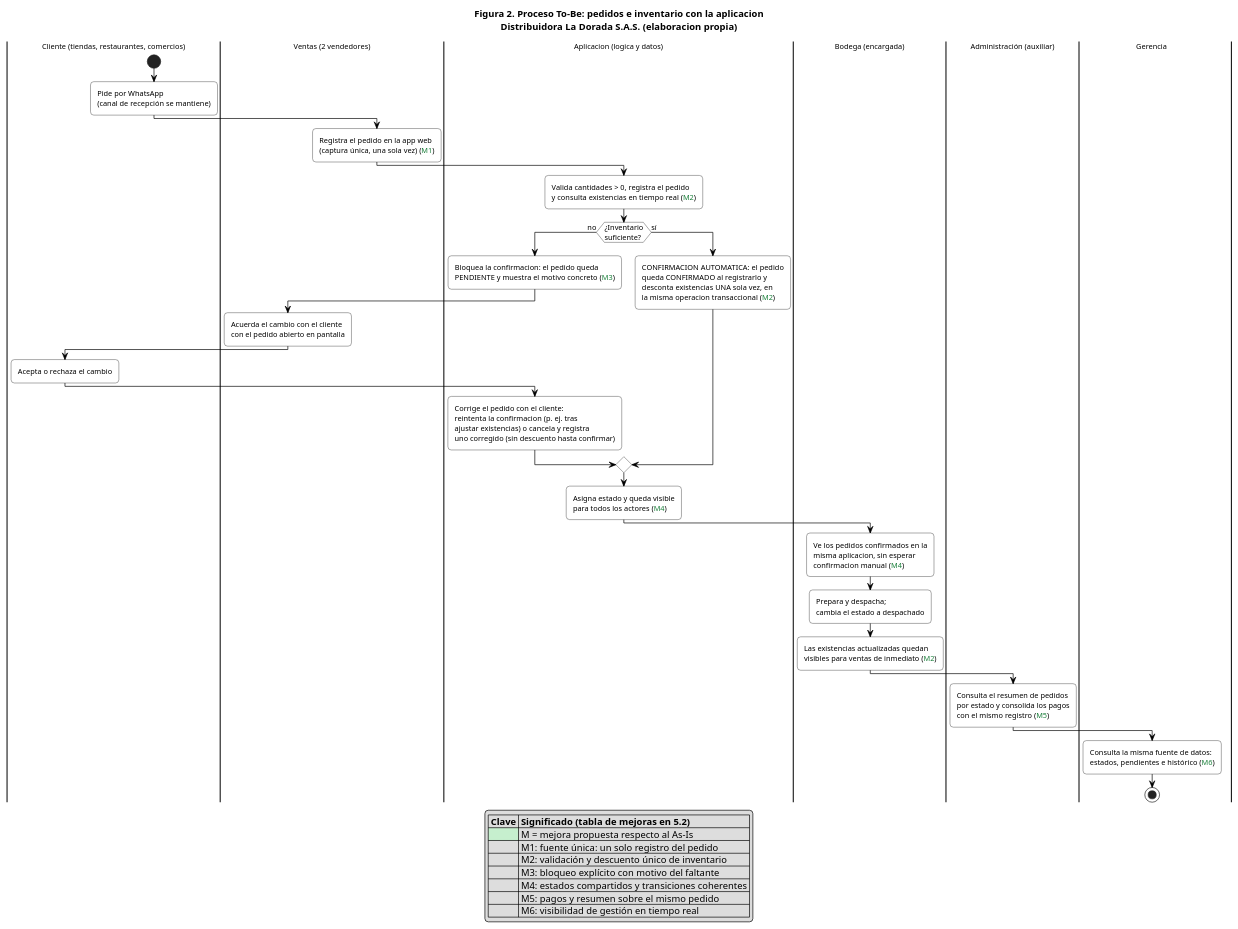
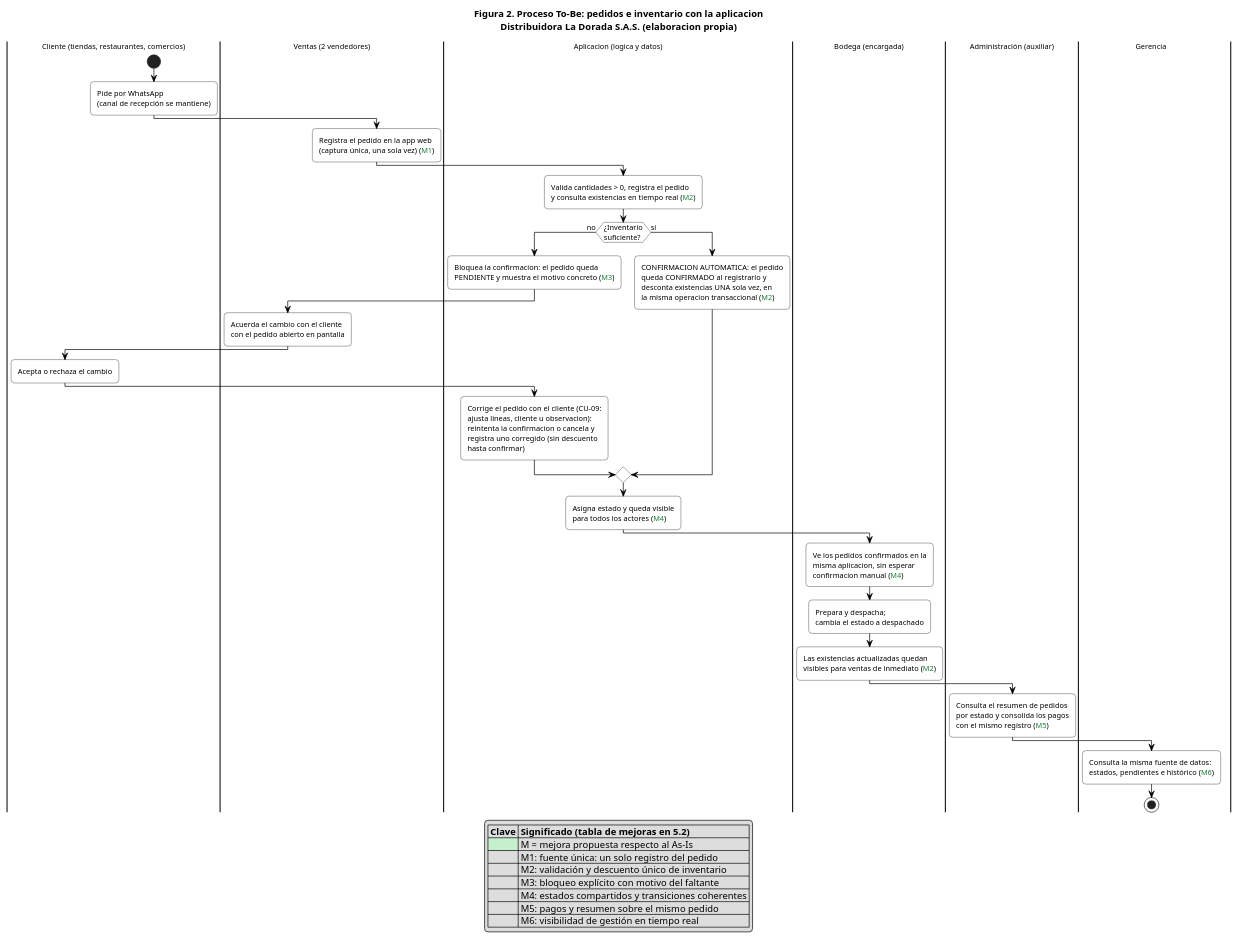
The diagram in docs/diagramas/to-be-la-dorada.puml (Mr-Felipe/distri_la_dorada), drawn with PlantUML before and after one commit. The commit also changed 12 other files, not shown here.

Commit message:
feat: add editar_pedido RPC and integrate CU-09 across docs and diagrams

```diff
--- a/docs/diagramas/to-be-la-dorada.puml
+++ b/docs/diagramas/to-be-la-dorada.puml
@@ -8,59 +8,59 @@
 @startuml
 !pragma layout smetana
 title Figura 2. Proceso To-Be: pedidos e inventario con la aplicacion\nDistribuidora La Dorada S.A.S. (elaboracion propia)
 
 skinparam defaultFontName Arial
 skinparam defaultFontSize 11
 skinparam shadowing false
 skinparam swimlaneWidth 140
 skinparam roundCorner 10
 skinparam activityBackgroundColor White
 skinparam activityBorderColor Black
 skinparam activityArrowColor Black
 
 |Cliente (tiendas, restaurantes, comercios)|
 start
 :Pide por WhatsApp\n(canal de recepción se mantiene);
 
 |Ventas (2 vendedores)|
 :Registra el pedido en la app web\n(captura única, una sola vez) (<color:#1B7F3B>M1</color>);
 
 |Aplicacion (logica y datos)|
 :Valida cantidades > 0, registra el pedido\ny consulta existencias en tiempo real (<color:#1B7F3B>M2</color>);
 if (¿Inventario\nsuficiente?) then (no)
   :Bloquea la confirmacion: el pedido queda\nPENDIENTE y muestra el motivo concreto (<color:#1B7F3B>M3</color>);
   |Ventas (2 vendedores)|
   :Acuerda el cambio con el cliente\ncon el pedido abierto en pantalla;
   |Cliente (tiendas, restaurantes, comercios)|
   :Acepta o rechaza el cambio;
   |Aplicacion (logica y datos)|
-  :Corrige el pedido con el cliente:\nreintenta la confirmacion (p. ej. tras\najustar existencias) o cancela y registra\nuno corregido (sin descuento hasta confirmar);
+  :Corrige el pedido con el cliente (CU-09:\najusta lineas, cliente u observacion):\nreintenta la confirmacion o cancela y\nregistra uno corregido (sin descuento\nhasta confirmar);
 else (sí)
   :CONFIRMACION AUTOMATICA: el pedido\nqueda CONFIRMADO al registrarlo y\ndesconta existencias UNA sola vez, en\nla misma operacion transaccional (<color:#1B7F3B>M2</color>);
 endif
 :Asigna estado y queda visible\npara todos los actores (<color:#1B7F3B>M4</color>);
 
 |Bodega (encargada)|
 :Ve los pedidos confirmados en la\nmisma aplicacion, sin esperar\nconfirmacion manual (<color:#1B7F3B>M4</color>);
 :Prepara y despacha;\ncambia el estado a despachado;
 :Las existencias actualizadas quedan\nvisibles para ventas de inmediato (<color:#1B7F3B>M2</color>);
 
 |Administración (auxiliar)|
 :Consulta el resumen de pedidos\npor estado y consolida los pagos\ncon el mismo registro (<color:#1B7F3B>M5</color>);
 
 |Gerencia|
 :Consulta la misma fuente de datos:\nestados, pendientes e histórico (<color:#1B7F3B>M6</color>);
 stop
 
 legend bottom
   |= Clave |= Significado (tabla de mejoras en 5.2) |
   | <#C6EFCE> | M = mejora propuesta respecto al As-Is |
   | | M1: fuente única: un solo registro del pedido |
   | | M2: validación y descuento único de inventario |
   | | M3: bloqueo explícito con motivo del faltante |
   | | M4: estados compartidos y transiciones coherentes |
   | | M5: pagos y resumen sobre el mismo pedido |
   | | M6: visibilidad de gestión en tiempo real |
 endlegend
 
 @enduml
```
